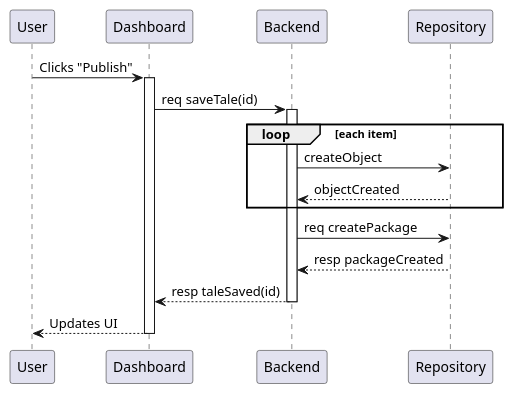
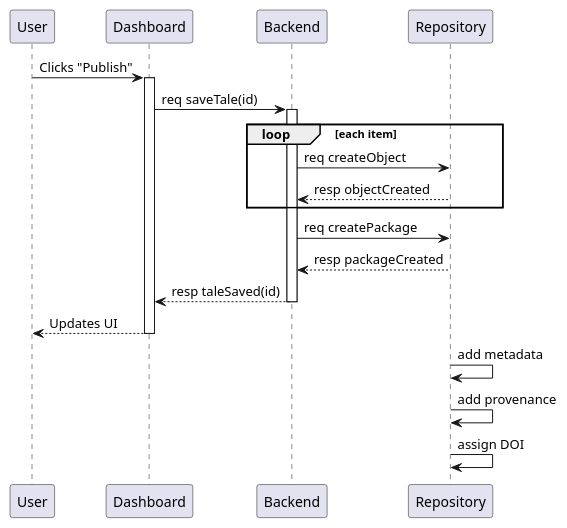
The diagram in mockups/tale-publishing/README.rst (whole-tale/wt-design-docs), drawn with PlantUML before and after one commit. The commit also changed other lines of this file and 2 other files, not shown here.

```diff
--- a/mockups/tale-publishing/README.rst
+++ b/mockups/tale-publishing/README.rst
@@ -198,18 +221,21 @@
 .. uml::
 
     @startuml diag
       User -> Dashboard: Clicks "Publish"
       activate Dashboard
       Dashboard -> Backend: req saveTale(id)
       activate Backend
       loop each item
-        Backend -> Repository: createObject
-        Repository --> Backend: objectCreated
+        Backend -> Repository: req createObject
+        Repository --> Backend: resp objectCreated
       end
       Backend -> Repository: req createPackage
       Repository --> Backend: resp packageCreated
       Backend --> Dashboard: resp taleSaved(id)
       deactivate Backend
       Dashboard --> User: Updates UI
       deactivate Dashboard
+      Repository -> Repository: add metadata
+      Repository -> Repository: add provenance
+      Repository -> Repository: assign DOI
     @enduml
```
